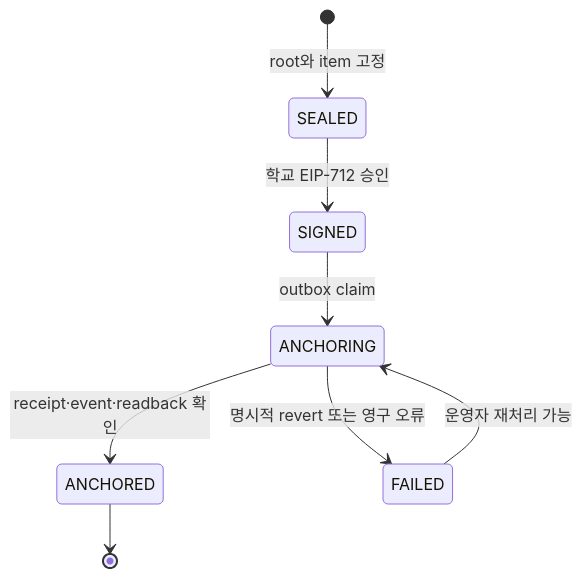
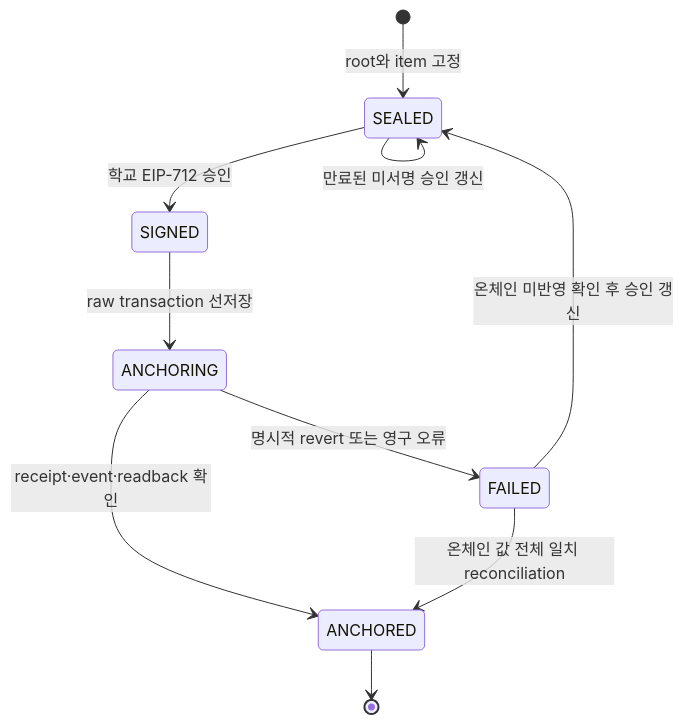
One commit to Tok-Baro/Trekkey_BackEnd changed diagram 16 of 22 in docs/architecture-diagrams.md. Above: the diagram before and after it, drawn with Mermaid. The commit also changed other lines of this file and 123 other files, not shown here.

````diff
--- a/docs/architecture-diagrams.md
+++ b/docs/architecture-diagrams.md
@@ -465,10 +463,12 @@
 ```mermaid
 stateDiagram-v2
     [*] --> SEALED: root와 item 고정
     SEALED --> SIGNED: 학교 EIP-712 승인
-    SIGNED --> ANCHORING: outbox claim
+    SIGNED --> ANCHORING: raw transaction 선저장
     ANCHORING --> ANCHORED: receipt·event·readback 확인
     ANCHORING --> FAILED: 명시적 revert 또는 영구 오류
-    FAILED --> ANCHORING: 운영자 재처리 가능
+    SEALED --> SEALED: 만료된 미서명 승인 갱신
+    FAILED --> SEALED: 온체인 미반영 확인 후 승인 갱신
+    FAILED --> ANCHORED: 온체인 값 전체 일치 reconciliation
     ANCHORED --> [*]
 ```
````
